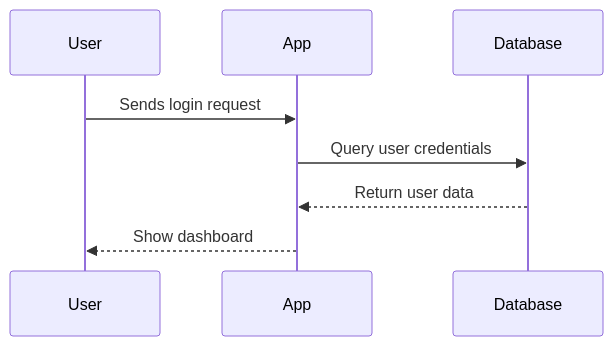
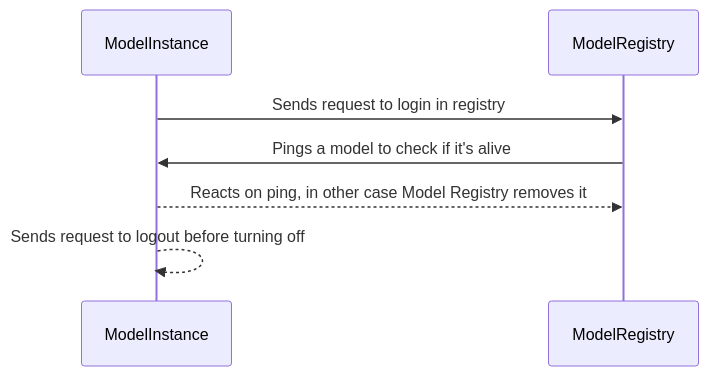
Before and after one commit to hermandyudin/demo: the diagram in doc/ABOUT.md, drawn with Mermaid.

````diff
--- a/doc/ABOUT.md
+++ b/doc/ABOUT.md
@@ -9,10 +9,9 @@
 ```mermaid 
 sequenceDiagram 
-participant User 
-participant App 
-participant Database 
-User->>App: Sends login request
-App->>Database: Query user credentials 
-Database-->>App: Return user data 
-App-->>User: Show dashboard
+participant ModelInstance 
+participant ModelRegistry  
+ModelInstance->>ModelRegistry: Sends request to login in registry
+ModelRegistry->>ModelInstance: Pings a model to check if it's alive
+ModelInstance-->>ModelRegistry: Reacts on ping, in other case Model Registry removes it
+ModelInstance-->>ModelInstance: Sends request to logout before turning off
 ```
````
